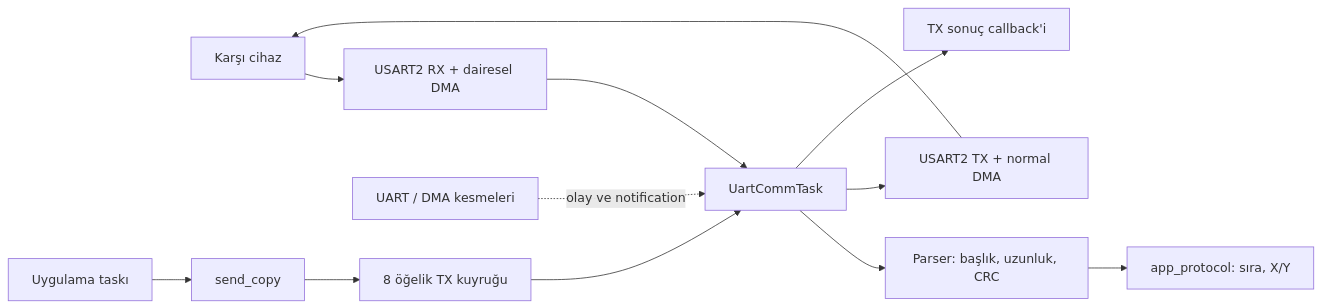
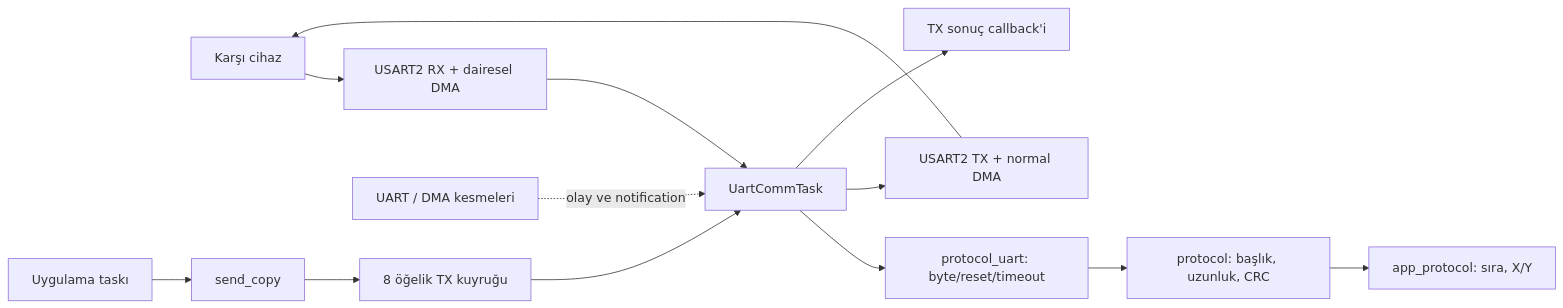
The diagram in UART_COMM_KULLANIM.md (gumskadirr/UART_Idle_Dma_FreeRTOS), drawn with Mermaid before and after one commit. The commit also changed other lines of this file and 22 other files, not shown here.

````diff
--- a/UART_COMM_KULLANIM.md
+++ b/UART_COMM_KULLANIM.md
@@ -38,14 +47,15 @@
 ```mermaid
 flowchart LR
     PC[Karşı cihaz] --> RX[USART2 RX + dairesel DMA]
     RX --> Task[UartCommTask]
-    Task --> Parser[Parser: başlık, uzunluk, CRC]
+    Task --> Adapter[protocol_uart: byte/reset/timeout]
+    Adapter --> Parser[protocol: başlık, uzunluk, CRC]
     Parser --> App[app_protocol: sıra, X/Y]
     Sender[Uygulama taskı] --> Send[send_copy]
     Send --> Queue[8 öğelik TX kuyruğu]
     Queue --> Task
     Task --> TX[USART2 TX + normal DMA]
     TX --> PC
     IRQ[UART / DMA kesmeleri] -. olay ve notification .-> Task
     Task --> Result[TX sonuç callback'i]
 ```
````
